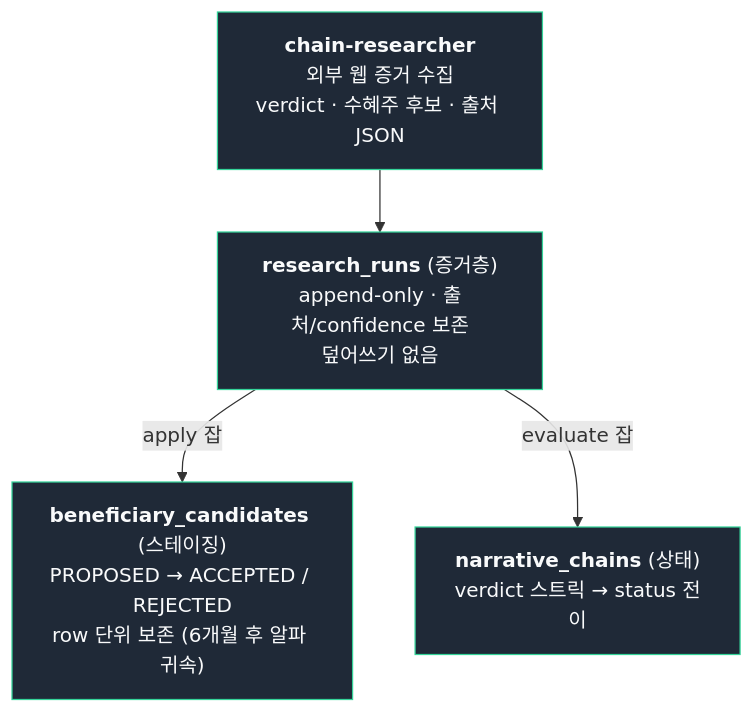
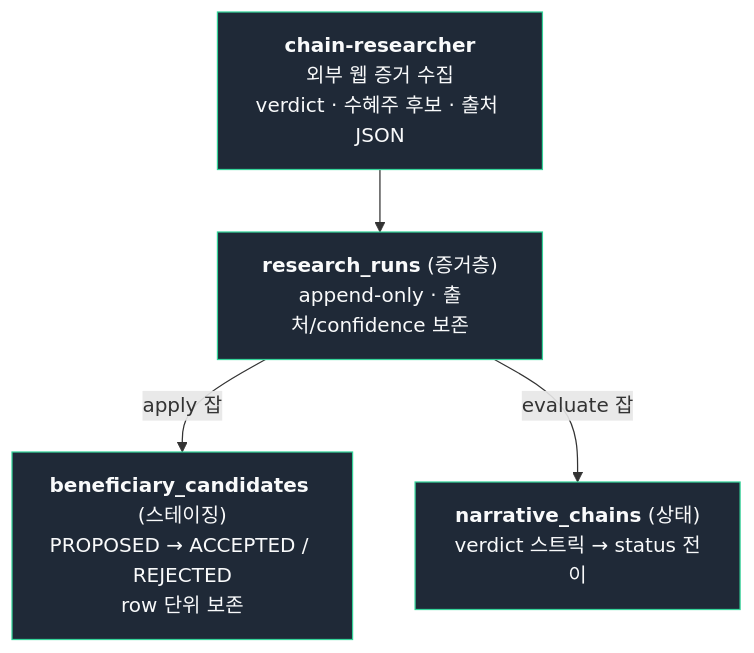
The third of 4 diagrams in docs/agent-system.md (sossost/market-analyst-showcase), drawn with Mermaid before and after one commit. The commit also changed other lines of this file and 6 other files, not shown here.

````diff
--- a/docs/agent-system.md
+++ b/docs/agent-system.md
@@ -133,14 +141,14 @@
 ```mermaid
 flowchart TB
     R["<b>chain-researcher</b><br/>외부 웹 증거 수집<br/>verdict · 수혜주 후보 · 출처 JSON"]
-    RUN["<b>research_runs</b> (증거층)<br/>append-only · 출처/confidence 보존<br/>덮어쓰기 없음"]
-    CAND["<b>beneficiary_candidates</b> (스테이징)<br/>PROPOSED → ACCEPTED / REJECTED<br/>row 단위 보존 (6개월 후 알파 귀속)"]
+    RUN["<b>research_runs</b> (증거층)<br/>append-only · 출처/confidence 보존"]
+    CAND["<b>beneficiary_candidates</b> (스테이징)<br/>PROPOSED → ACCEPTED / REJECTED<br/>row 단위 보존"]
     CHAIN["<b>narrative_chains</b> (상태)<br/>verdict 스트릭 → status 전이"]
 
     R --> RUN
     RUN -->|apply 잡| CAND
     RUN -->|evaluate 잡| CHAIN
 
     classDef step fill:#1f2937,stroke:#34d399,color:#f9fafb
     class R,RUN,CAND,CHAIN step
 ```
````
